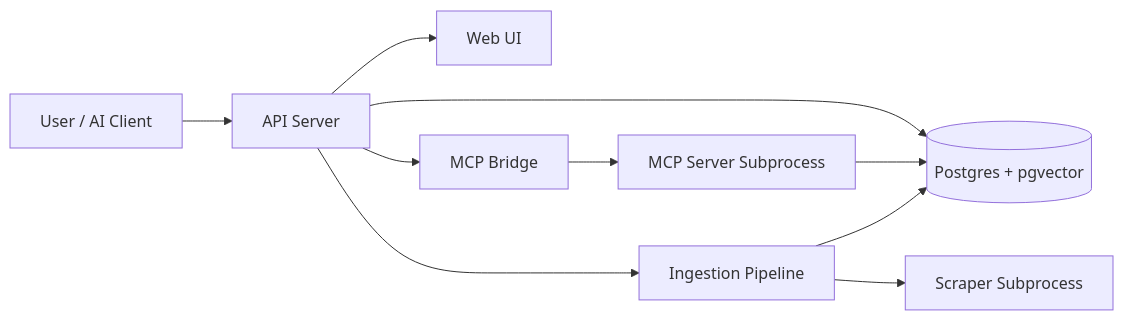
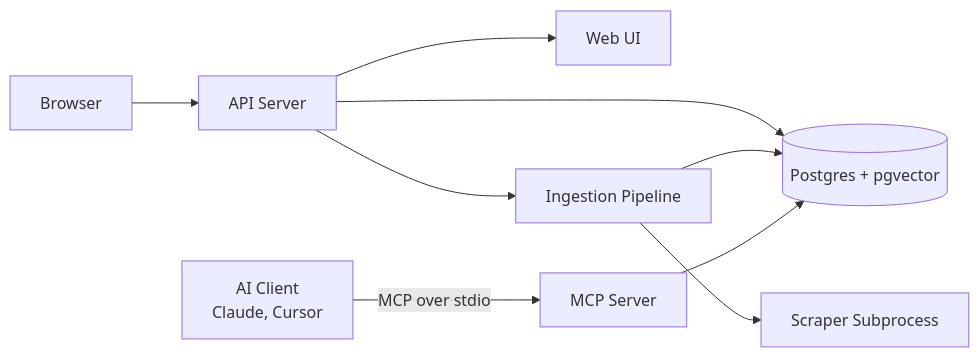
Before and after one commit to veer-mehta/fathom-mcp: the diagram in README.md, drawn with Mermaid. The commit also changed other lines of this file and 31 other files, not shown here.

First line of the commit message:
remove MCP bridge and de-bloat; fix chat ingest URL flow

````diff
--- a/README.md
+++ b/README.md
@@ -35,12 +35,11 @@
 ```mermaid
 flowchart LR
-    A[User / AI Client] --> B[API Server]
+    A[Browser] --> B[API Server]
+    B --> D[Web UI]
     B --> C[(Postgres + pgvector)]
-    B --> D[Web UI]
-    B --> E[MCP Bridge]
-    E --> F[MCP Server Subprocess]
-    F --> C
     B --> G[Ingestion Pipeline]
     G --> H[Scraper Subprocess]
     G --> C
+    I[AI Client<br/>Claude, Cursor] -->|MCP over stdio| F[MCP Server]
+    F --> C
 ```
````
